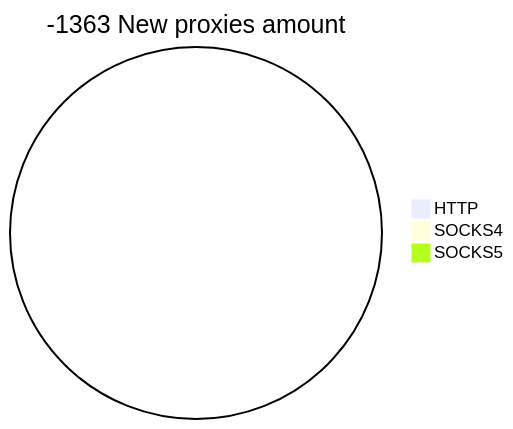
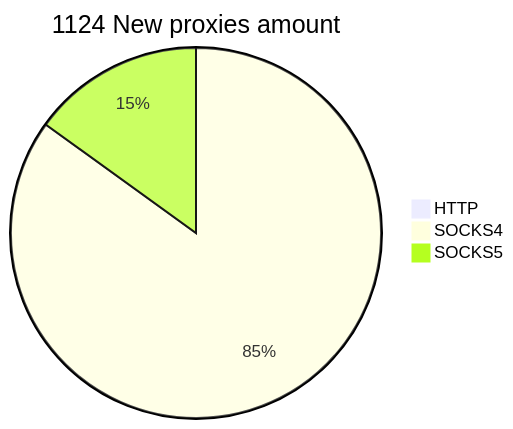
One commit to cutipu/proxylist changed the second of 2 diagrams in README.md. Above: the diagram before and after it, drawn with Mermaid. The commit also changed other lines of this file, not shown here.

````diff
--- a/README.md
+++ b/README.md
@@ -10,6 +10,6 @@
 ```mermaid
-pie title -1363 New proxies amount
+pie title 1124 New proxies amount
     "HTTP" : 0
-    "SOCKS4" : 0
-    "SOCKS5" : 0
+    "SOCKS4" : 1005
+    "SOCKS5" : 178
 ```
````
